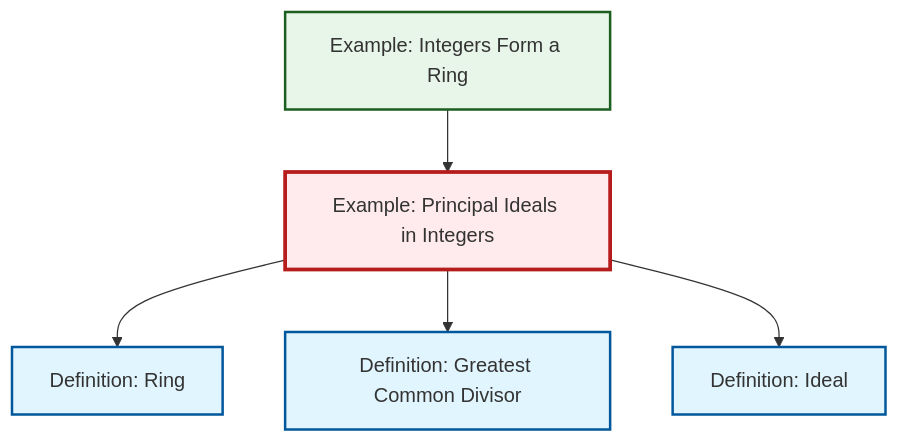
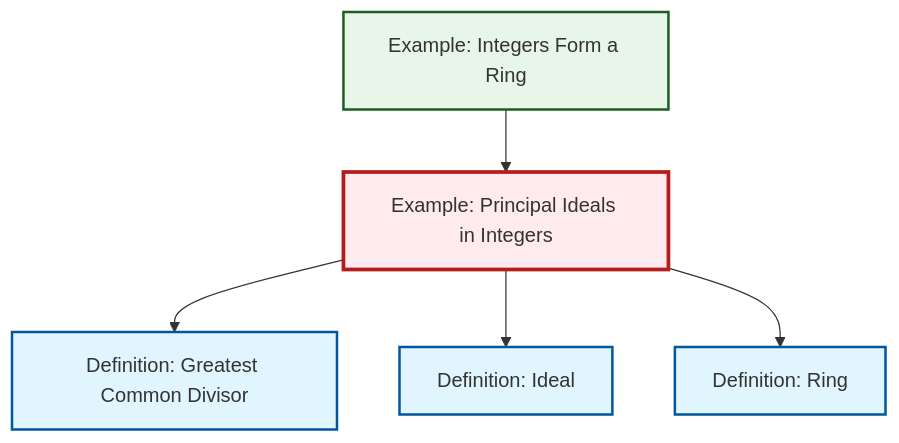
The diagram in output/mermaid/en/ex-principal-ideal.mermaid (RK0429/ModernMath), drawn with Mermaid before and after one commit. The commit also changed other lines of this file and 3220 other files, not shown here.

```diff
--- a/output/mermaid/en/ex-principal-ideal.mermaid
+++ b/output/mermaid/en/ex-principal-ideal.mermaid
@@ -1,16 +1,16 @@
 graph TD
     classDef definition fill:#e1f5fe,stroke:#01579b,stroke-width:2px
     classDef theorem fill:#f3e5f5,stroke:#4a148c,stroke-width:2px
     classDef axiom fill:#fff3e0,stroke:#e65100,stroke-width:2px
     classDef example fill:#e8f5e9,stroke:#1b5e20,stroke-width:2px
     classDef current fill:#ffebee,stroke:#b71c1c,stroke-width:3px
+    ex-principal-ideal["Example: Principal Ideals in Integers"]:::example
     def-ideal["Definition: Ideal"]:::definition
+    def-gcd["Definition: Greatest Common Divisor"]:::definition
+    def-ring["Definition: Ring"]:::definition
     ex-integers-ring["Example: Integers Form a Ring"]:::example
-    ex-principal-ideal["Example: Principal Ideals in Integers"]:::example
-    def-ring["Definition: Ring"]:::definition
-    def-gcd["Definition: Greatest Common Divisor"]:::definition
+    ex-principal-ideal --> def-gcd
     ex-integers-ring --> ex-principal-ideal
+    ex-principal-ideal --> def-ideal
     ex-principal-ideal --> def-ring
-    ex-principal-ideal --> def-gcd
-    ex-principal-ideal --> def-ideal
     class ex-principal-ideal current
```
